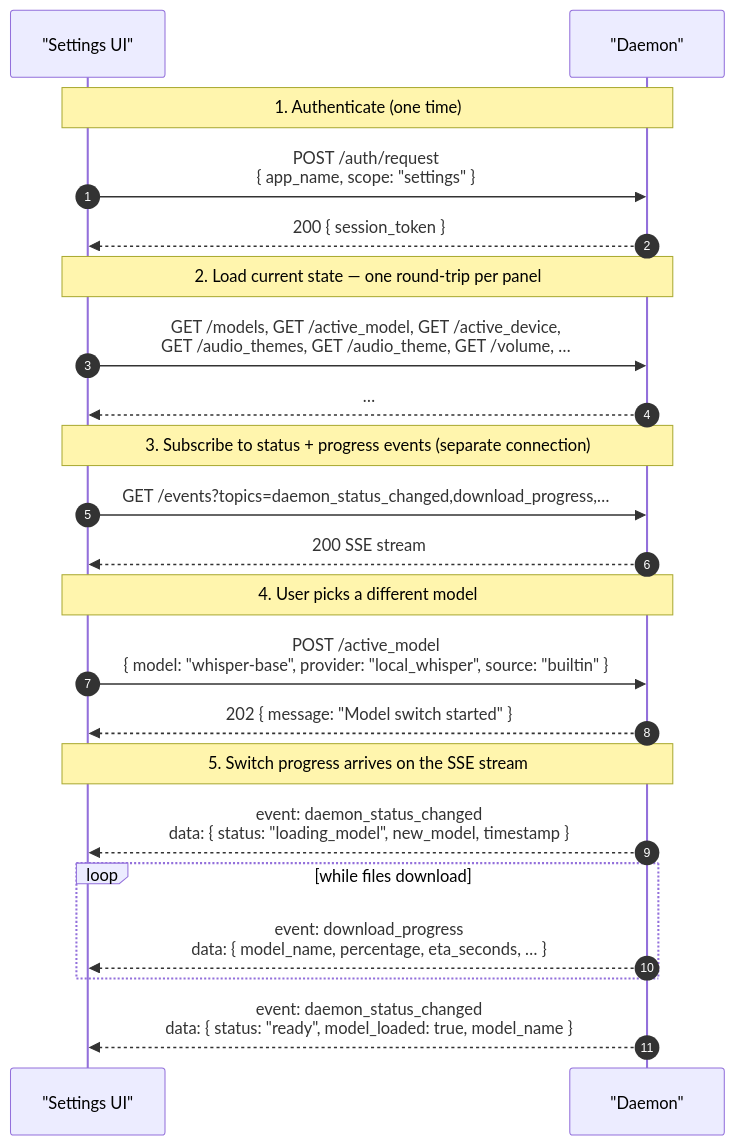
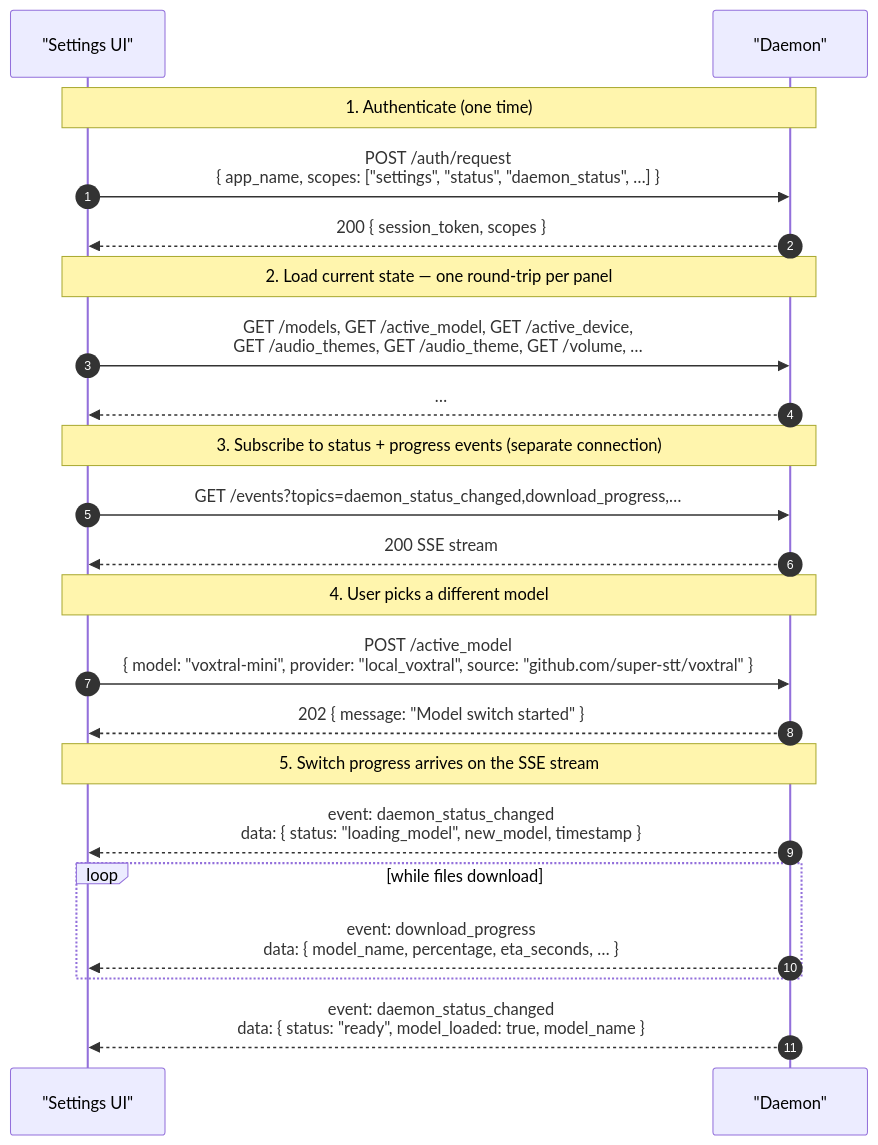
Before and after one commit to haydonryan/super-stt: the diagram in docs/protocol/scopes/settings.md, drawn with Mermaid. The commit also changed other lines of this file and 422 other files, not shown here.

````diff
--- a/docs/protocol/scopes/settings.md
+++ b/docs/protocol/scopes/settings.md
@@ -91,29 +67,29 @@
 ```mermaid
 sequenceDiagram
     autonumber
     participant App as "Settings UI"
     participant D as "Daemon"
 
     Note over App,D: 1. Authenticate (one time)
-    App->>D: POST /auth/request<br/>{ app_name, scope: "settings" }
-    D-->>App: 200 { session_token }
+    App->>D: POST /auth/request<br/>{ app_name, scopes: ["settings", "status", "daemon_status", …] }
+    D-->>App: 200 { session_token, scopes }
 
     Note over App,D: 2. Load current state — one round-trip per panel
     App->>D: GET /models, GET /active_model, GET /active_device,<br/>      GET /audio_themes, GET /audio_theme, GET /volume, …
     D-->>App: …
 
     Note over App,D: 3. Subscribe to status + progress events (separate connection)
     App->>D: GET /events?topics=daemon_status_changed,download_progress,…
     D-->>App: 200 SSE stream
 
     Note over App,D: 4. User picks a different model
-    App->>D: POST /active_model<br/>{ model: "whisper-base", provider: "local_whisper", source: "builtin" }
+    App->>D: POST /active_model<br/>{ model: "voxtral-mini", provider: "local_voxtral", source: "github.com/super-stt/voxtral" }
     D-->>App: 202 { message: "Model switch started" }
 
     Note over App,D: 5. Switch progress arrives on the SSE stream
     D-->>App: event: daemon_status_changed<br/>data: { status: "loading_model", new_model, timestamp }
     loop while files download
         D-->>App: event: download_progress<br/>data: { model_name, percentage, eta_seconds, … }
     end
     D-->>App: event: daemon_status_changed<br/>data: { status: "ready", model_loaded: true, model_name }
 ```
````
